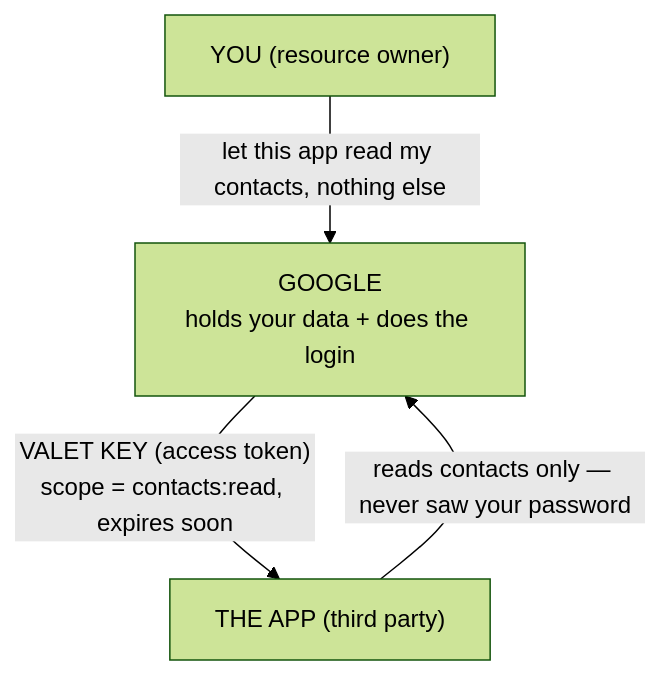
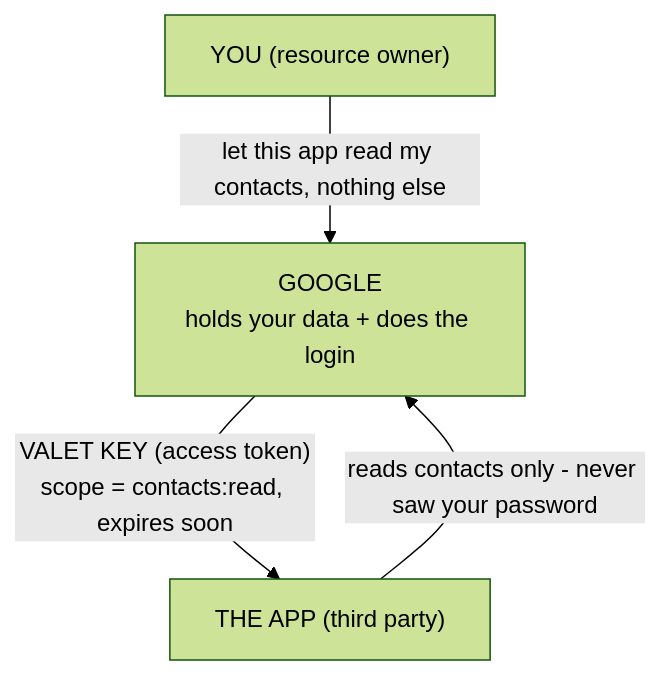
Before and after one commit to Topurrra/themissingmanual: the first of 2 diagrams in guides/security/auth-vs-authz/03-oauth-and-sign-in-with.md, drawn with Mermaid (forest theme). The commit also changed other lines of this file and 1072 other files, not shown here.

````diff
--- a/guides/security/auth-vs-authz/03-oauth-and-sign-in-with.md
+++ b/guides/security/auth-vs-authz/03-oauth-and-sign-in-with.md
@@ -22,6 +22,6 @@
 ```mermaid
 flowchart TD
   you["YOU (resource owner)"] -- "let this app read my contacts, nothing else" --> google["GOOGLE<br/>holds your data + does the login"]
   google -- "VALET KEY (access token)<br/>scope = contacts:read, expires soon" --> app["THE APP (third party)"]
-  app -- "reads contacts only — never saw your password" --> google
+  app -- "reads contacts only - never saw your password" --> google
 ```
````
